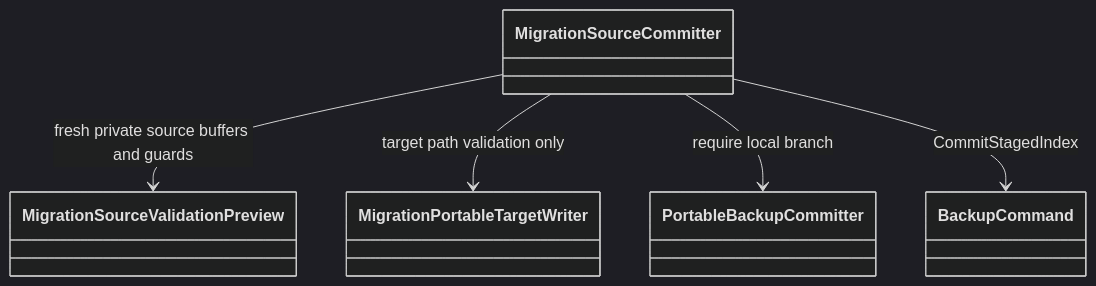
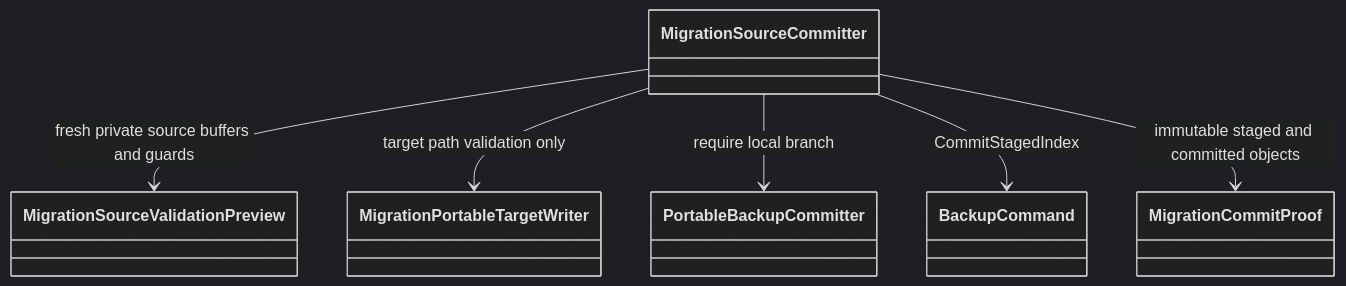
Before and after one commit to ferrywlto/ai-env-as-code: diagram 27 of 37 in docs/architecture.md, drawn with Mermaid (dark theme). The commit also changed other lines of this file and 7 other files, not shown here.

Commit message:
feat(migration): commit rendered single-harness targets

````diff
--- a/docs/architecture.md
+++ b/docs/architecture.md
@@ -751,7 +751,8 @@
 ```mermaid
 classDiagram
     MigrationSourceCommitter --> MigrationSourceValidationPreview : fresh private source buffers and guards
     MigrationSourceCommitter --> MigrationPortableTargetWriter : target path validation only
     MigrationSourceCommitter --> PortableBackupCommitter : require local branch
     MigrationSourceCommitter --> BackupCommand : CommitStagedIndex
+    MigrationSourceCommitter --> MigrationCommitProof : immutable staged and committed objects
 ```
````
